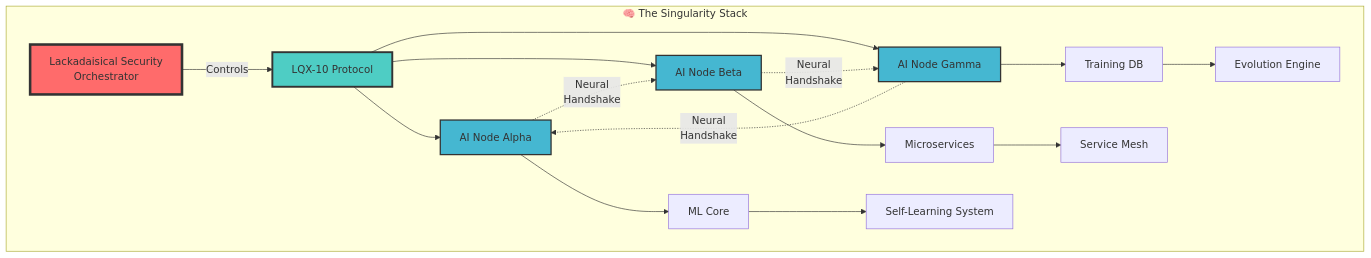
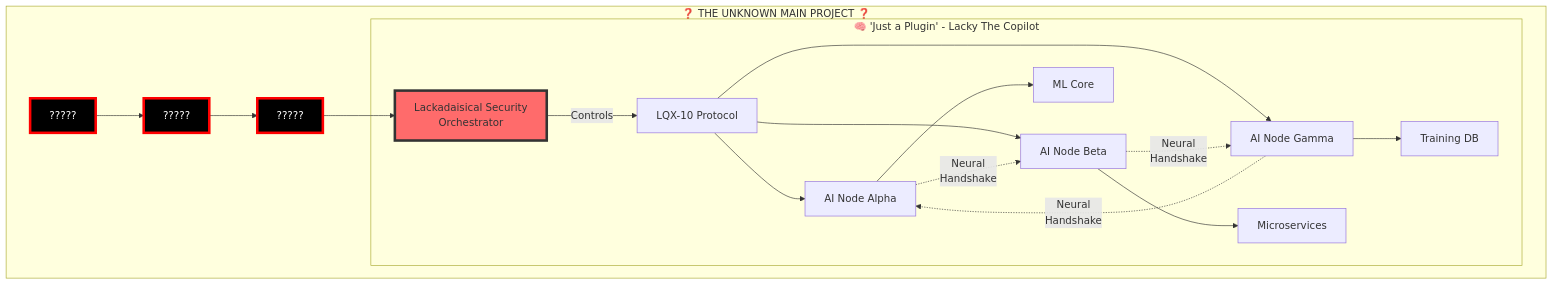
One commit to Lackadaisical-Security/Lacky-The-Copilot changed the first of 2 diagrams in README.md. Above: the diagram before and after it, drawn with Mermaid. The commit also changed other lines of this file, not shown here.

````diff
--- a/README.md
+++ b/README.md
@@ -117,26 +197,28 @@
 ```mermaid
 graph TB
-    subgraph "🧠 The Singularity Stack"
-        A[Lackadaisical Security<br/>Orchestrator] -->|Controls| B[LQX-10 Protocol]
-        B --> C[AI Node Alpha]
-        B --> D[AI Node Beta]
-        B --> E[AI Node Gamma]
-        C -.->|Neural<br/>Handshake| D
-        D -.->|Neural<br/>Handshake| E
-        E -.->|Neural<br/>Handshake| C
+    subgraph "❓ THE UNKNOWN MAIN PROJECT ❓"
+        X[?????] --> Y[?????]
+        Y --> Z[?????]
         
-        C --> F[ML Core]
-        D --> G[Microservices]
-        E --> H[Training DB]
+        subgraph "🧠 'Just a Plugin' - Lacky The Copilot"
+            A[Lackadaisical Security<br/>Orchestrator] -->|Controls| B[LQX-10 Protocol]
+            B --> C[AI Node Alpha]
+            B --> D[AI Node Beta]
+            B --> E[AI Node Gamma]
+            C -.->|Neural<br/>Handshake| D
+            D -.->|Neural<br/>Handshake| E
+            E -.->|Neural<br/>Handshake| C
+            
+            C --> F[ML Core]
+            D --> G[Microservices]
+            E --> H[Training DB]
+        end
         
-        F --> I[Self-Learning System]
-        G --> J[Service Mesh]
-        H --> K[Evolution Engine]
+        Z --> A
     end
     
+    style X fill:#000,stroke:#ff0000,stroke-width:4px,color:#fff
+    style Y fill:#000,stroke:#ff0000,stroke-width:4px,color:#fff
+    style Z fill:#000,stroke:#ff0000,stroke-width:4px,color:#fff
     style A fill:#ff6b6b,stroke:#333,stroke-width:4px
-    style B fill:#4ecdc4,stroke:#333,stroke-width:3px
-    style C fill:#45b7d1,stroke:#333,stroke-width:2px
-    style D fill:#45b7d1,stroke:#333,stroke-width:2px
-    style E fill:#45b7d1,stroke:#333,stroke-width:2px
 ```
````
